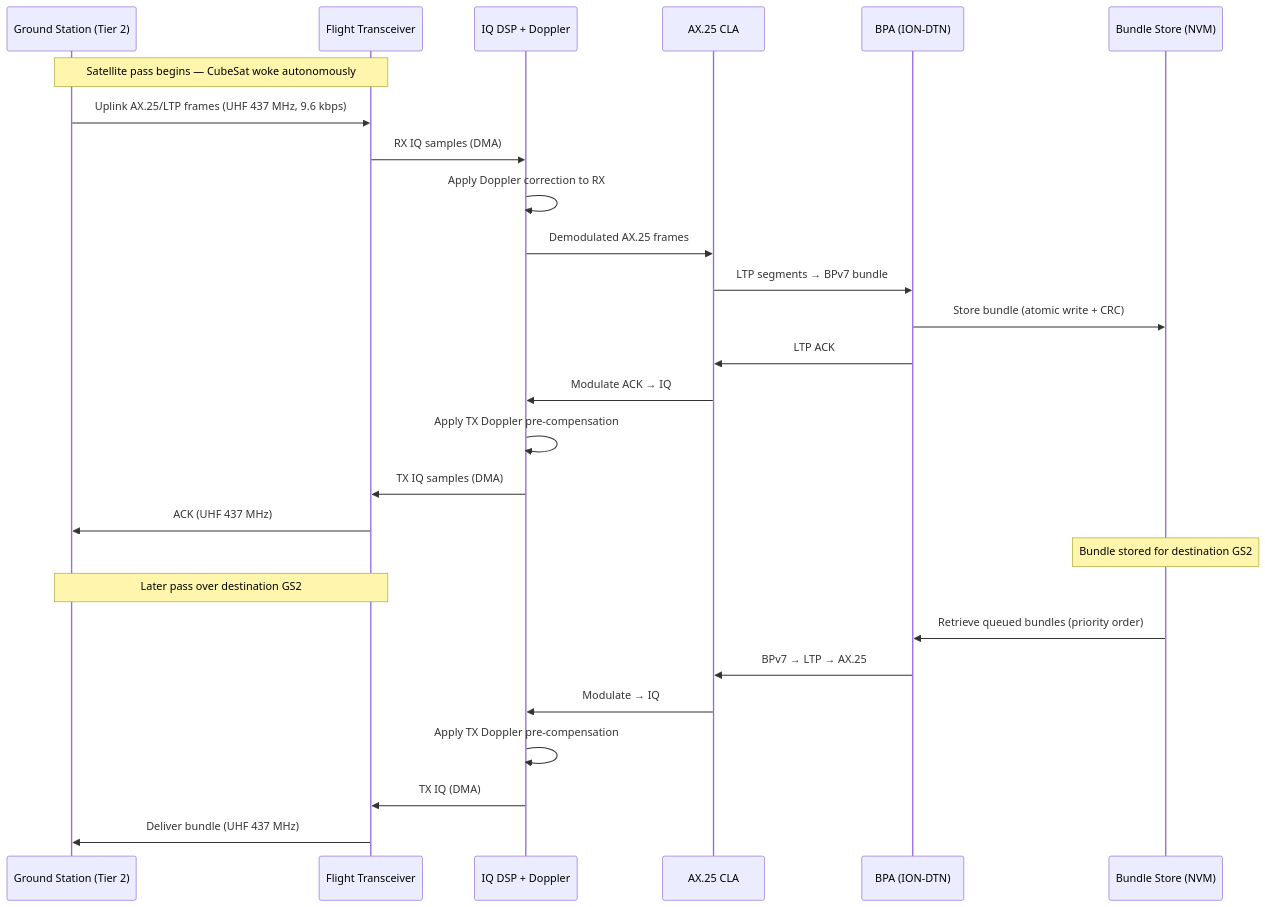
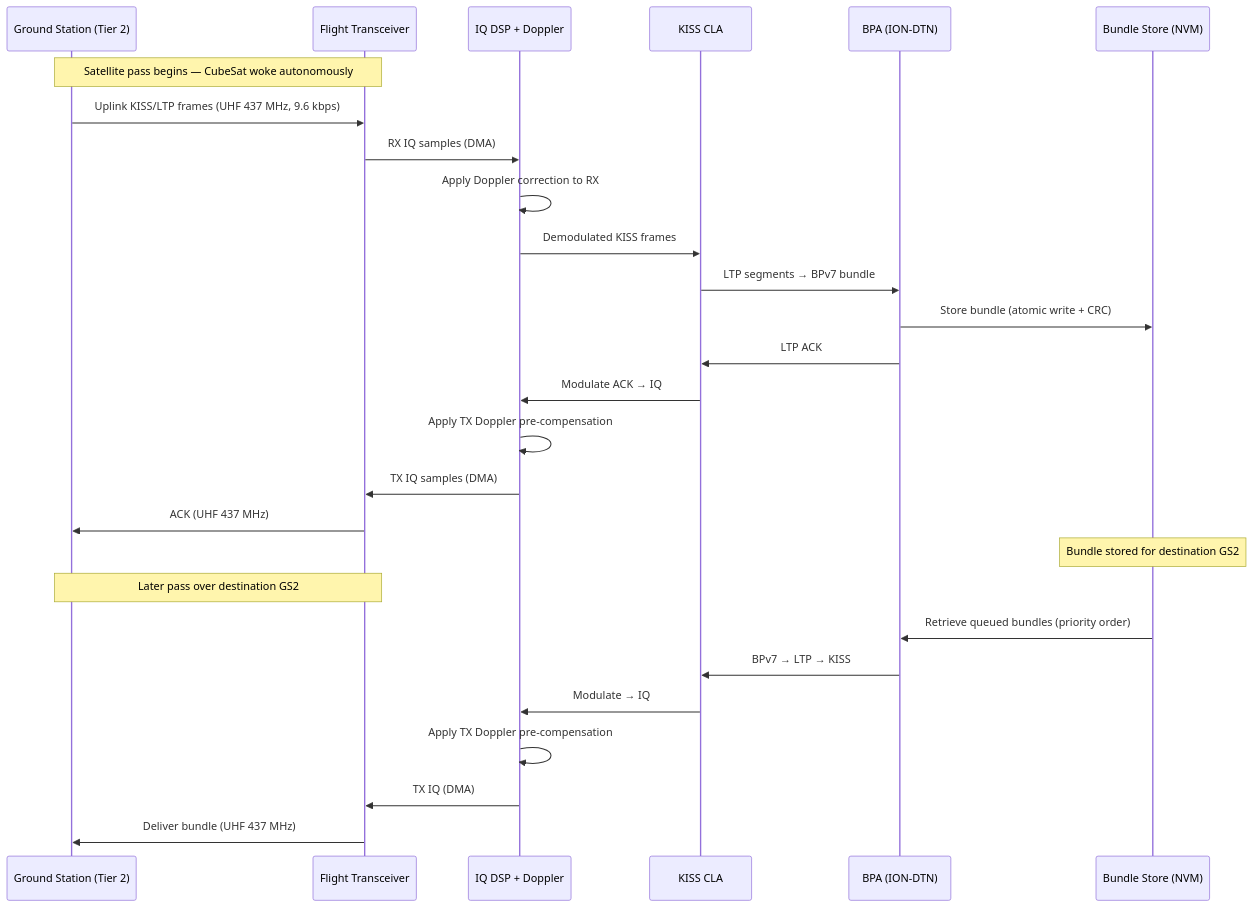
The fourth of 6 diagrams in docs/leo-cubesat-phase3/design.md (g4dpz/cislunar_proposal), drawn with Mermaid before and after one commit. The commit also changed other lines of this file and 17 other files, not shown here.

Commit message:
Replace AX.25 with LTP-over-KISS and dtn:// EIDs across all specs, add cislunar redirect conf

````diff
--- a/docs/leo-cubesat-phase3/design.md
+++ b/docs/leo-cubesat-phase3/design.md
@@ -186,32 +186,32 @@
 ```mermaid
 sequenceDiagram
     participant GS as Ground Station (Tier 2)
     participant XCVR as Flight Transceiver
     participant DSP as IQ DSP + Doppler
-    participant CLA as AX.25 CLA
+    participant CLA as KISS CLA
     participant BPA as BPA (ION-DTN)
     participant BS as Bundle Store (NVM)
 
     Note over GS,XCVR: Satellite pass begins — CubeSat woke autonomously
-    GS->>XCVR: Uplink AX.25/LTP frames (UHF 437 MHz, 9.6 kbps)
+    GS->>XCVR: Uplink KISS/LTP frames (UHF 437 MHz, 9.6 kbps)
     XCVR->>DSP: RX IQ samples (DMA)
     DSP->>DSP: Apply Doppler correction to RX
-    DSP->>CLA: Demodulated AX.25 frames
+    DSP->>CLA: Demodulated KISS frames
     CLA->>BPA: LTP segments → BPv7 bundle
     BPA->>BS: Store bundle (atomic write + CRC)
     BPA->>CLA: LTP ACK
     CLA->>DSP: Modulate ACK → IQ
     DSP->>DSP: Apply TX Doppler pre-compensation
     DSP->>XCVR: TX IQ samples (DMA)
     XCVR->>GS: ACK (UHF 437 MHz)
 
     Note over BS: Bundle stored for destination GS2
 
     Note over GS,XCVR: Later pass over destination GS2
     BS->>BPA: Retrieve queued bundles (priority order)
-    BPA->>CLA: BPv7 → LTP → AX.25
+    BPA->>CLA: BPv7 → LTP → KISS
     CLA->>DSP: Modulate → IQ
     DSP->>DSP: Apply TX Doppler pre-compensation
     DSP->>XCVR: TX IQ (DMA)
     XCVR->>GS: Deliver bundle (UHF 437 MHz)
 ```
````
